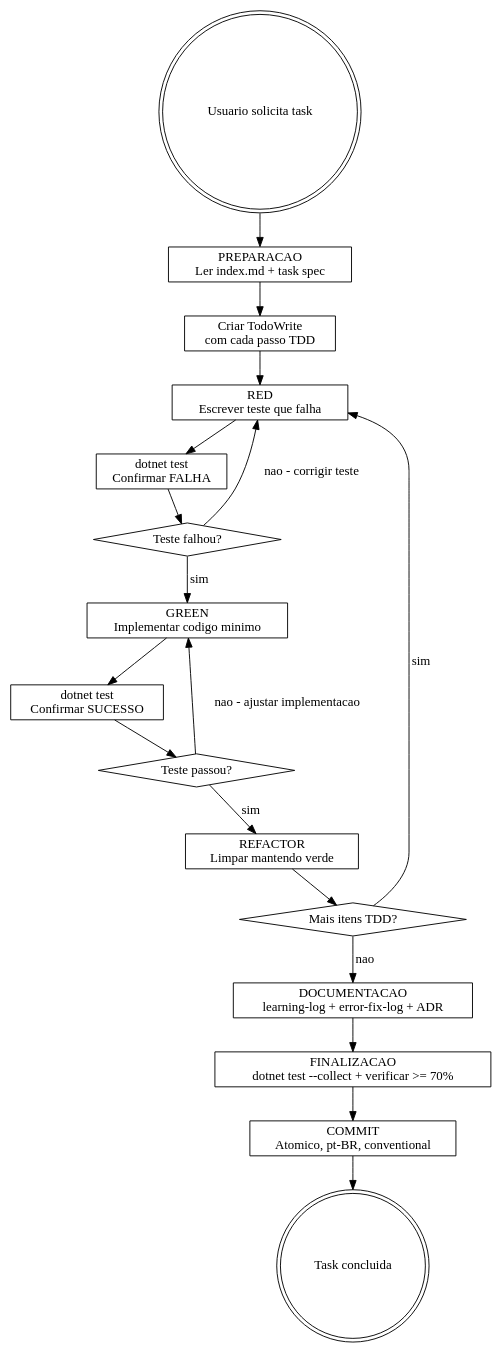
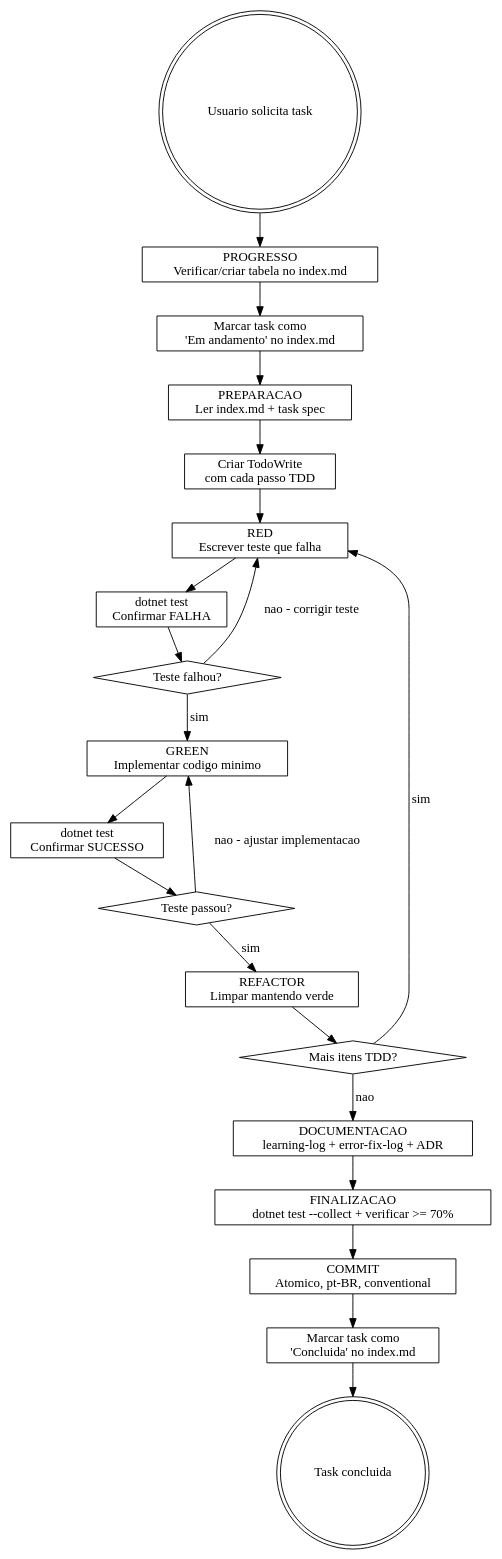
The diagram in .opencode/skills/mnemosyne-task-workflow/SKILL.md (Altamir/Mnemosyne), drawn with Graphviz before and after one commit. The commit also changed other lines of this file, not shown here.

First line of the commit message:
feat(skill): adiciona rastreamento de progresso por fase no workflow

````diff
--- a/.opencode/skills/mnemosyne-task-workflow/SKILL.md
+++ b/.opencode/skills/mnemosyne-task-workflow/SKILL.md
@@ -29,40 +29,46 @@
 ```dot
 digraph task_workflow {
     rankdir=TB;
     node [shape=box];
 
     start [label="Usuario solicita task" shape=doublecircle];
+    check_progress [label="PROGRESSO\nVerificar/criar tabela no index.md"];
+    mark_started [label="Marcar task como\n'Em andamento' no index.md"];
     prep [label="PREPARACAO\nLer index.md + task spec"];
     todo [label="Criar TodoWrite\ncom cada passo TDD"];
     red [label="RED\nEscrever teste que falha"];
     verify_red [label="dotnet test\nConfirmar FALHA"];
     red_ok [label="Teste falhou?" shape=diamond];
     green [label="GREEN\nImplementar codigo minimo"];
     verify_green [label="dotnet test\nConfirmar SUCESSO"];
     green_ok [label="Teste passou?" shape=diamond];
     refactor [label="REFACTOR\nLimpar mantendo verde"];
     more [label="Mais itens TDD?" shape=diamond];
     docs [label="DOCUMENTACAO\nlearning-log + error-fix-log + ADR"];
     coverage [label="FINALIZACAO\ndotnet test --collect + verificar >= 70%"];
     commit [label="COMMIT\nAtomico, pt-BR, conventional"];
+    mark_done [label="Marcar task como\n'Concluida' no index.md"];
     done [label="Task concluida" shape=doublecircle];
 
-    start -> prep;
+    start -> check_progress;
+    check_progress -> mark_started;
+    mark_started -> prep;
     prep -> todo;
     todo -> red;
     red -> verify_red;
     verify_red -> red_ok;
     red_ok -> green [label="sim"];
     red_ok -> red [label="nao - corrigir teste"];
     green -> verify_green;
     verify_green -> green_ok;
     green_ok -> refactor [label="sim"];
     green_ok -> green [label="nao - ajustar implementacao"];
     refactor -> more;
     more -> red [label="sim"];
     more -> docs [label="nao"];
     docs -> coverage;
     coverage -> commit;
-    commit -> done;
+    commit -> mark_done;
+    mark_done -> done;
 }
 ```
````
